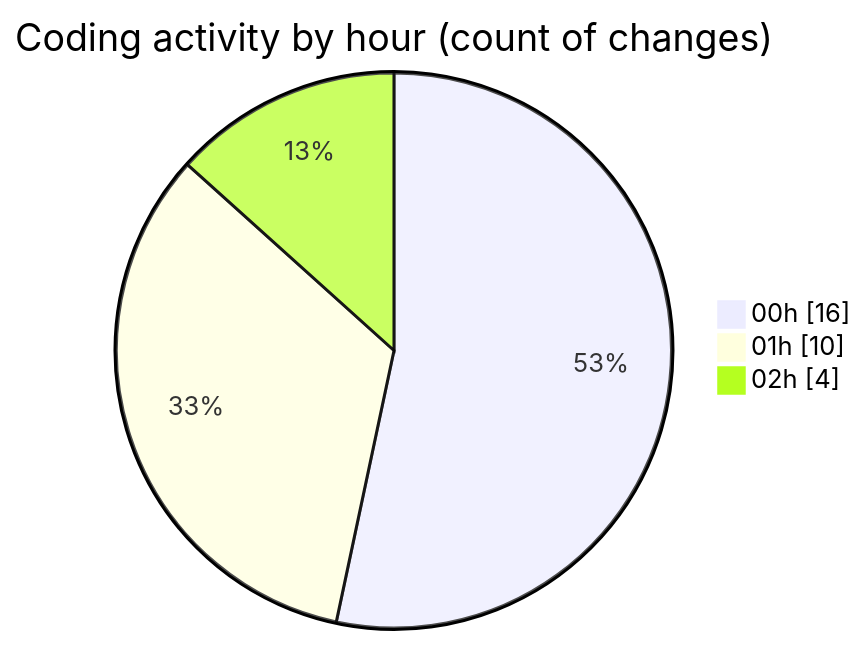
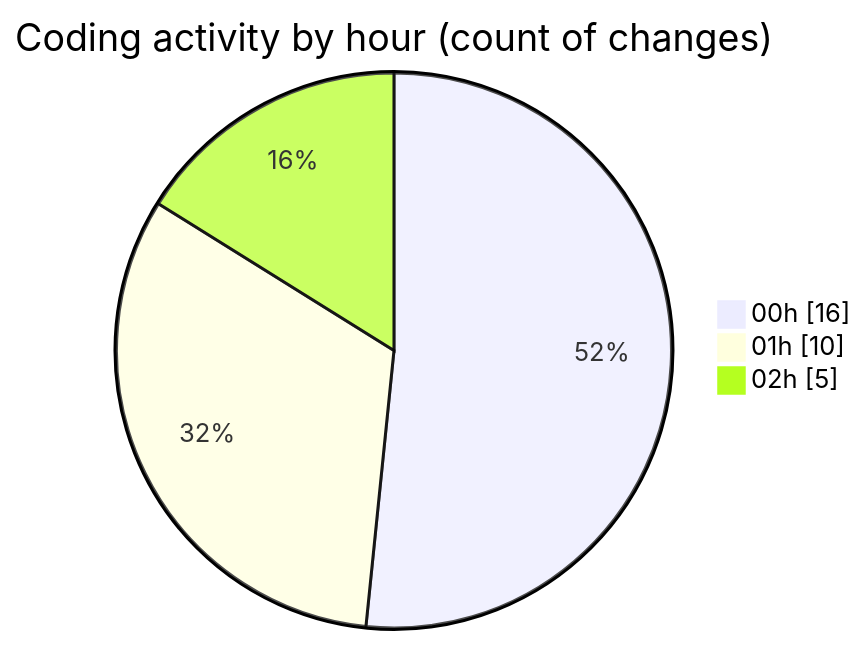
The second of 2 diagrams in 2025-11-01/weather_insights_app/README.md (donsfak/code-tracking), drawn with Mermaid before and after one commit. The commit also changed other lines of this file and 1 other file, not shown here.

````diff
--- a/2025-11-01/weather_insights_app/README.md
+++ b/2025-11-01/weather_insights_app/README.md
@@ -38,7 +38,7 @@
 ```mermaid
 pie showData
 title Coding activity by hour (count of changes)
 "00h" : 16
 "01h" : 10
-"02h" : 4
+"02h" : 5
 ```
````
